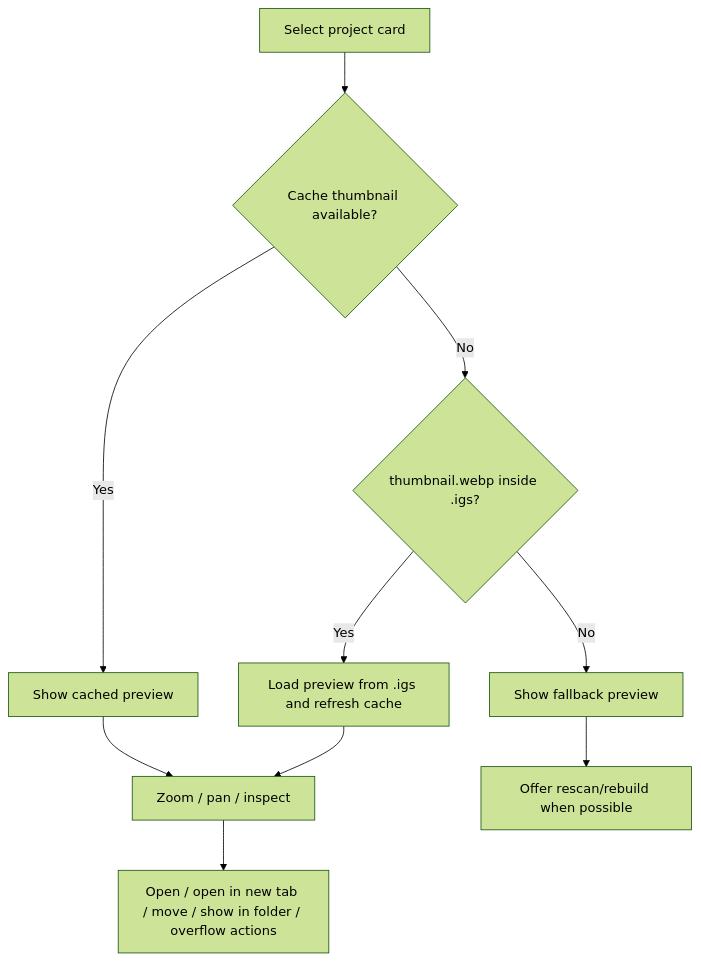
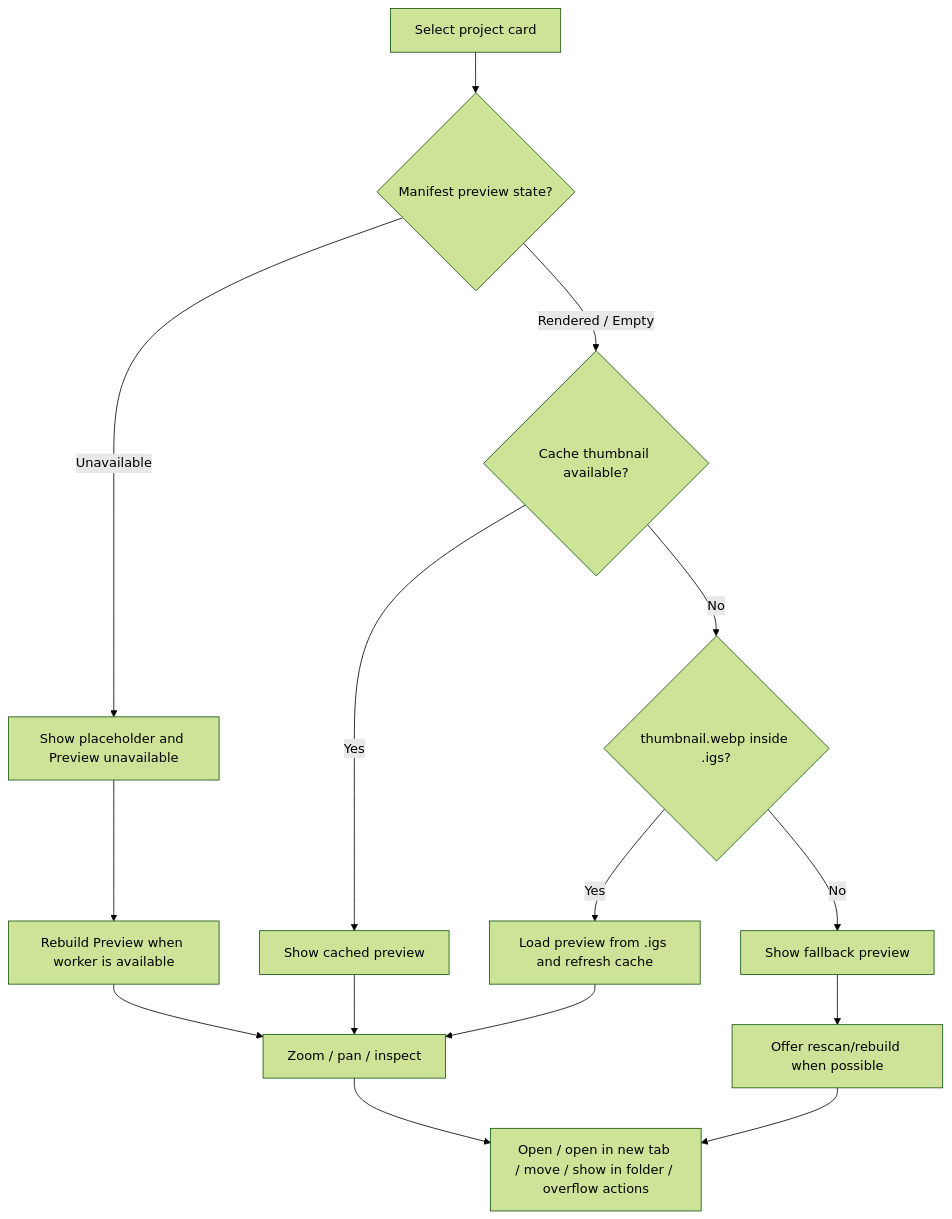
Before and after one commit to BMFreed/imagegen-studio: the fifth of 6 diagrams in docs/features/home-screen.md, drawn with Mermaid (forest theme). The commit also changed other lines of this file and 14 other files, not shown here.

````diff
--- a/docs/features/home-screen.md
+++ b/docs/features/home-screen.md
@@ -413,12 +420,17 @@
 ```mermaid
 flowchart TD
-  A["Select project card"] --> B{"Cache thumbnail available?"}
+  A["Select project card"] --> S{"Manifest preview state?"}
+  S -- "Unavailable" --> F["Show placeholder and Preview unavailable"]
+  S -- "Rendered / Empty" --> B{"Cache thumbnail available?"}
   B -- "Yes" --> C["Show cached preview"]
   B -- "No" --> D{"thumbnail.webp inside .igs?"}
   D -- "Yes" --> E["Load preview from .igs and refresh cache"]
-  D -- "No" --> F["Show fallback preview"]
+  D -- "No" --> H["Show fallback preview"]
   C --> G["Zoom / pan / inspect"]
   E --> G
-  F --> H["Offer rescan/rebuild when possible"]
+  F --> P["Rebuild Preview when worker is available"]
+  P --> G
+  H --> R["Offer rescan/rebuild when possible"]
+  R --> I
   G --> I["Open / open in new tab / move / show in folder / overflow actions"]
 ```
````
